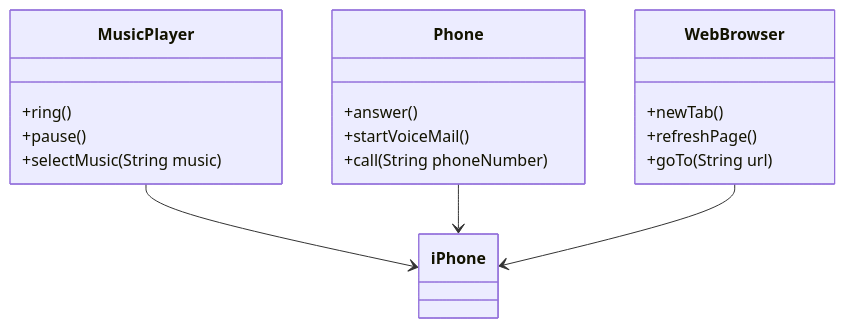
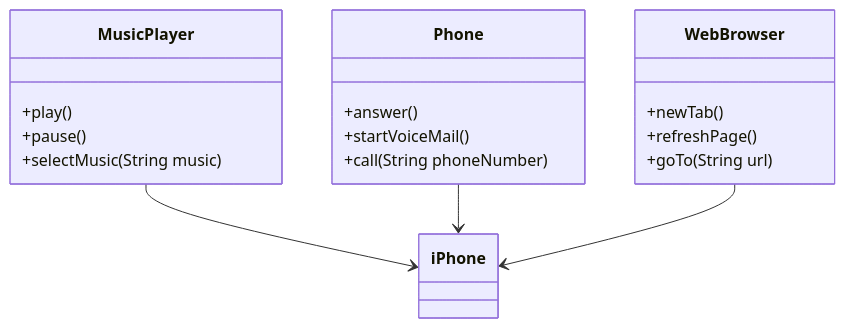
Before and after one commit to 8bitdev256/dio-iphone-uml-challenge: the diagram in UML.md, drawn with Mermaid.

````diff
--- a/UML.md
+++ b/UML.md
@@ -3,27 +3,27 @@
 ```mermaid
 classDiagram
     class MusicPlayer {
-        +ring()
+        +play()
         +pause()
         +selectMusic(String music)
     }
 
     class Phone {
         +answer()
         +startVoiceMail()
         +call(String phoneNumber)
     }
 
     class WebBrowser {
         +newTab()
         +refreshPage()
         +goTo(String url)
     }
 
     class iPhone {
     }
 
     MusicPlayer --> iPhone
     Phone --> iPhone
     WebBrowser --> iPhone
 ```
````
